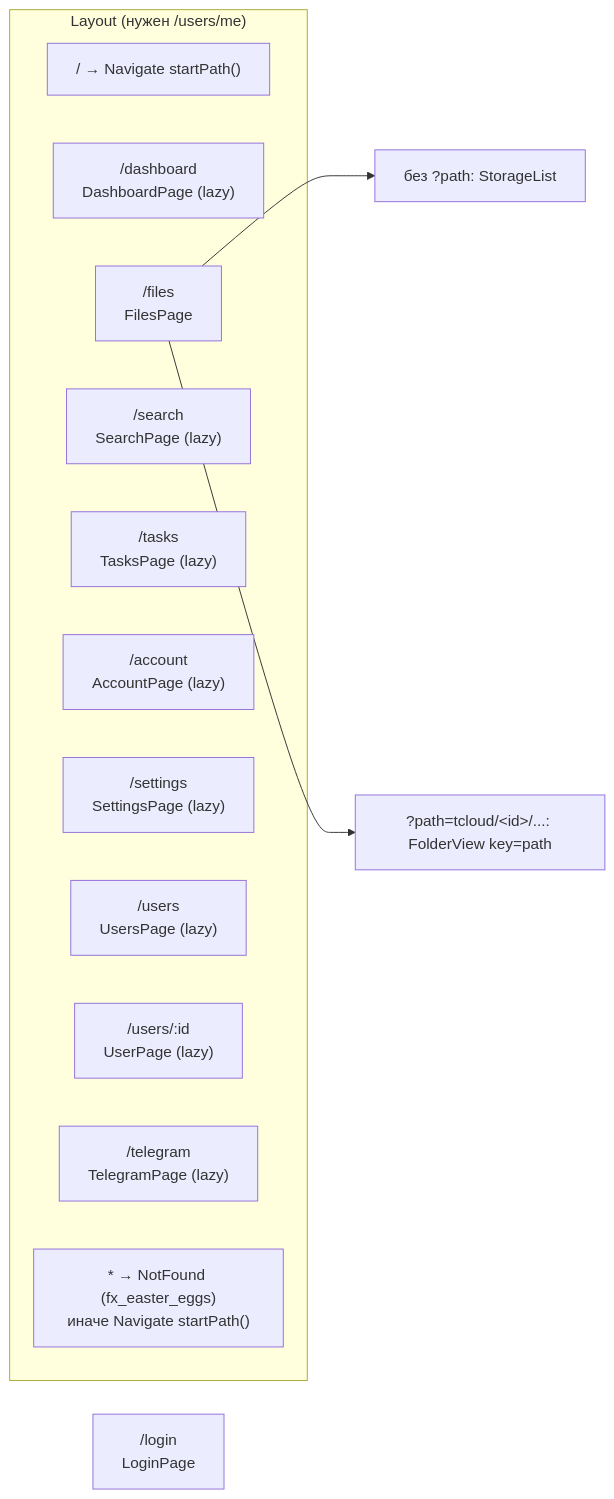
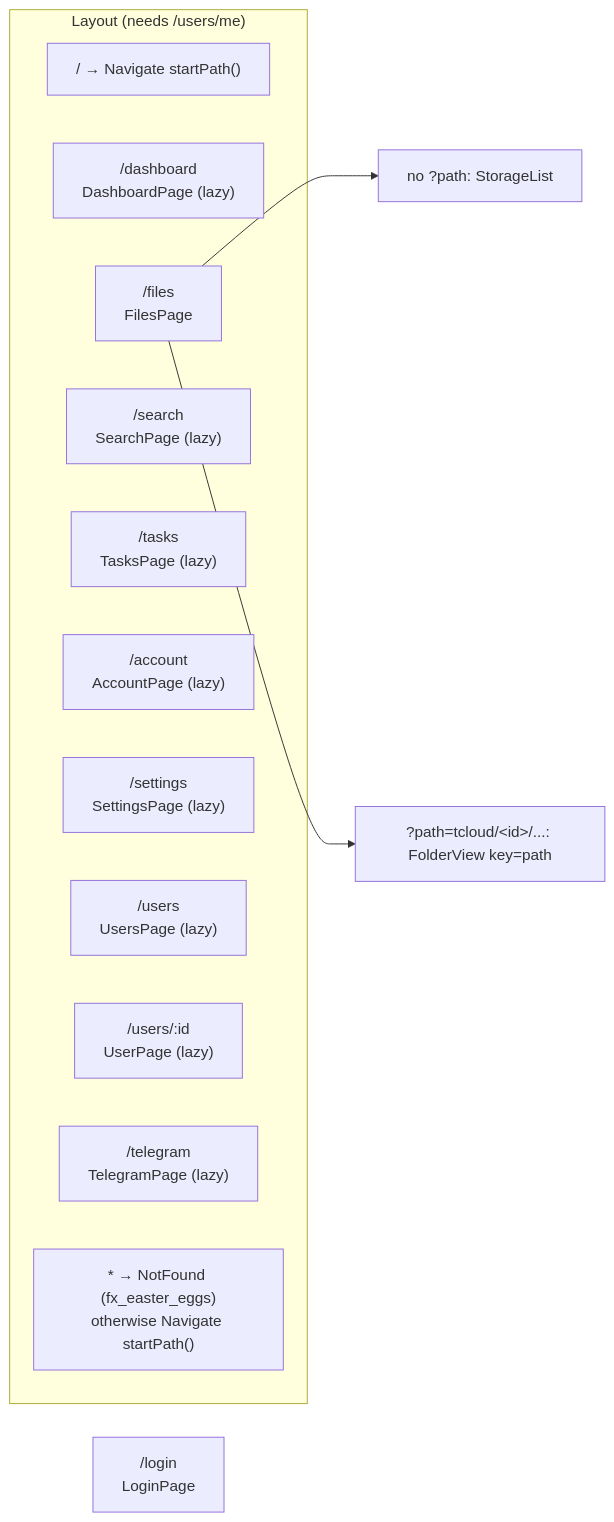
One commit to NikitkaZXC/tcloud-frontend changed the second of 8 diagrams in docs/architecture.md. Above: the diagram before and after it, drawn with Mermaid. The commit also changed other lines of this file and 8 other files, not shown here.

````diff
--- a/docs/architecture.md
+++ b/docs/architecture.md
@@ -40,19 +41,19 @@
 ```mermaid
 flowchart LR
     login["/login<br/>LoginPage"]
-    subgraph shell["Layout (нужен /users/me)"]
+    subgraph shell["Layout (needs /users/me)"]
         index["/ → Navigate startPath()"]
         dash["/dashboard<br/>DashboardPage (lazy)"]
         files["/files<br/>FilesPage"]
         search["/search<br/>SearchPage (lazy)"]
         tasks["/tasks<br/>TasksPage (lazy)"]
         account["/account<br/>AccountPage (lazy)"]
         settings["/settings<br/>SettingsPage (lazy)"]
         users["/users<br/>UsersPage (lazy)"]
         user["/users/:id<br/>UserPage (lazy)"]
         tg["/telegram<br/>TelegramPage (lazy)"]
-        star["* → NotFound (fx_easter_eggs)<br/>иначе Navigate startPath()"]
+        star["* → NotFound (fx_easter_eggs)<br/>otherwise Navigate startPath()"]
     end
-    files --> list["без ?path: StorageList"]
+    files --> list["no ?path: StorageList"]
     files --> folder["?path=tcloud/&lt;id&gt;/...: FolderView key=path"]
 ```
````
